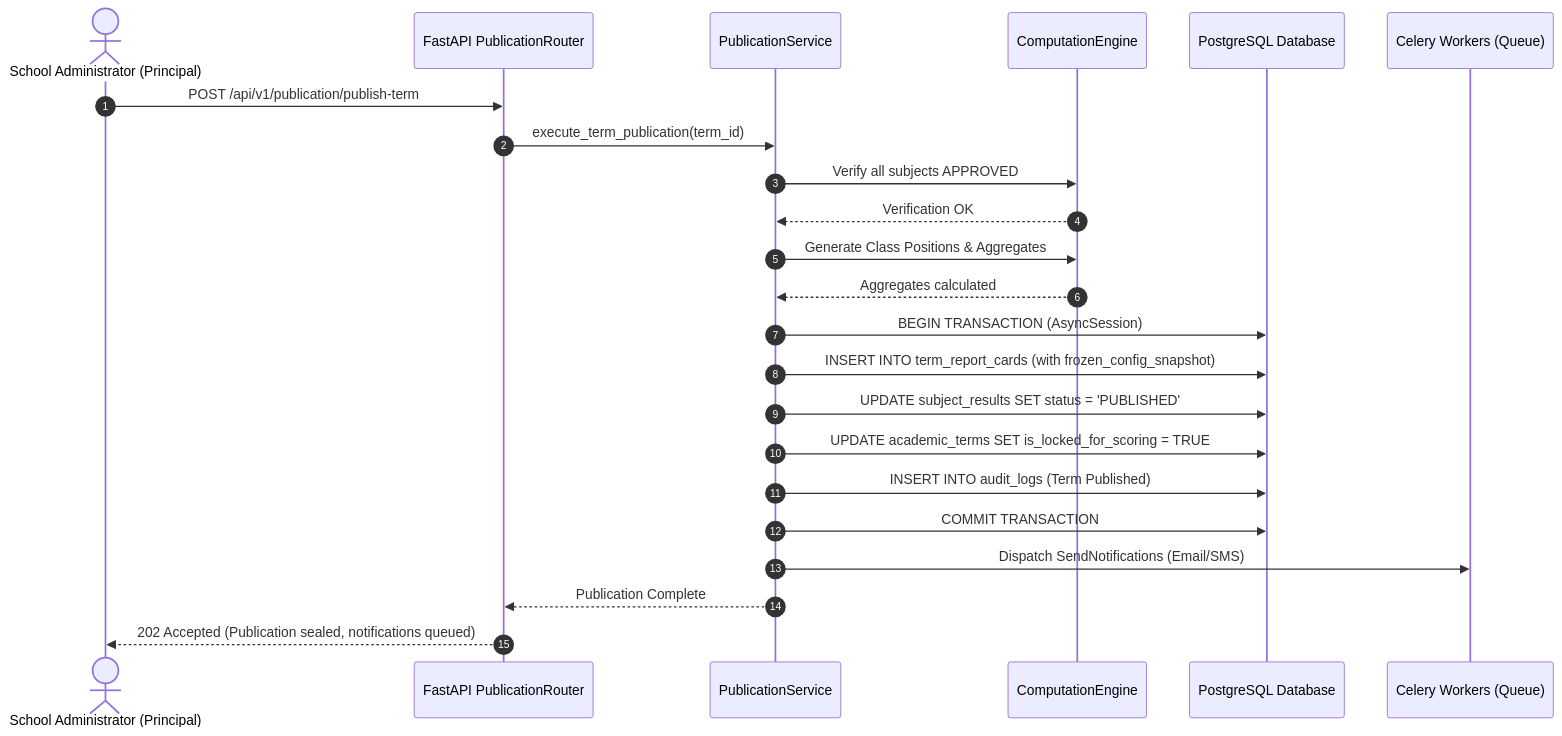
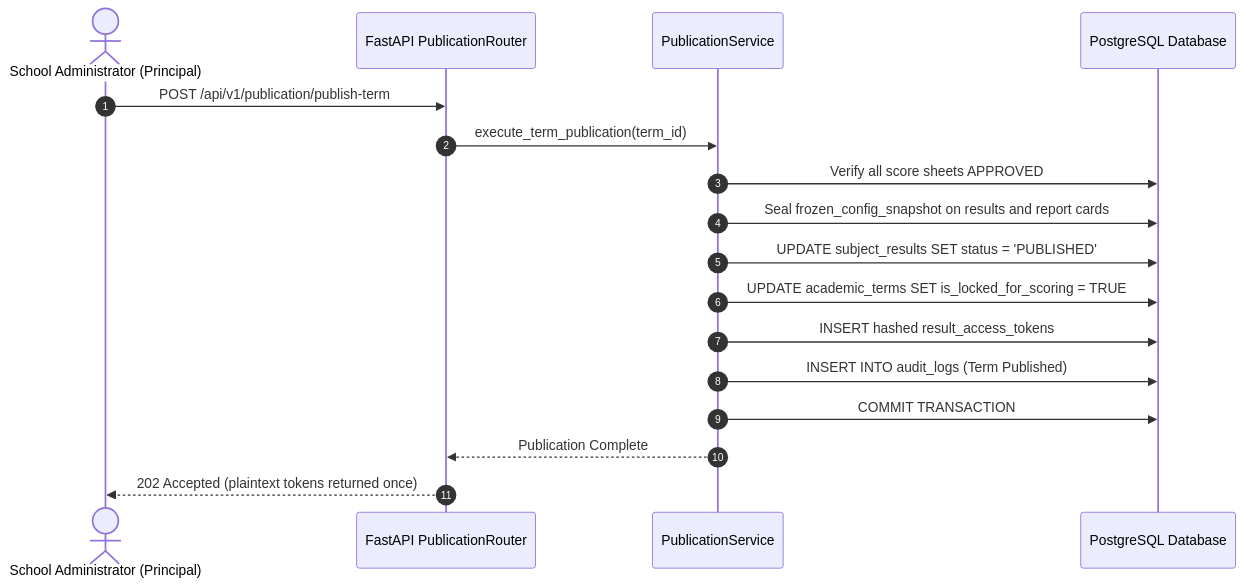
The seventh of 13 diagrams in ARCHITECTURE.md (Dev-Eyitayo/Student-Portal), drawn with Mermaid before and after one commit. The commit also changed other lines of this file and 35 other files, not shown here.

First line of the commit message:
feat: implement M5 computation engine, publication, and M8 guided onboarding

````diff
--- a/ARCHITECTURE.md
+++ b/ARCHITECTURE.md
@@ -1383,26 +1490,20 @@
 ```mermaid
 sequenceDiagram
     autonumber
     actor Principal as School Administrator (Principal)
     participant PubRouter as FastAPI PublicationRouter
     participant PubService as PublicationService
-    participant CompEngine as ComputationEngine
     participant DB as PostgreSQL Database
-    participant Celery as Celery Workers (Queue)
 
     Principal->>PubRouter: POST /api/v1/publication/publish-term
     PubRouter->>PubService: execute_term_publication(term_id)
-    PubService->>CompEngine: Verify all subjects APPROVED
-    CompEngine-->>PubService: Verification OK
-    PubService->>CompEngine: Generate Class Positions & Aggregates
-    CompEngine-->>PubService: Aggregates calculated
-    PubService->>DB: BEGIN TRANSACTION (AsyncSession)
-    PubService->>DB: INSERT INTO term_report_cards (with frozen_config_snapshot)
+    PubService->>DB: Verify all score sheets APPROVED
+    PubService->>DB: Seal frozen_config_snapshot on results and report cards
     PubService->>DB: UPDATE subject_results SET status = 'PUBLISHED'
     PubService->>DB: UPDATE academic_terms SET is_locked_for_scoring = TRUE
+    PubService->>DB: INSERT hashed result_access_tokens
     PubService->>DB: INSERT INTO audit_logs (Term Published)
     PubService->>DB: COMMIT TRANSACTION
-    PubService->>Celery: Dispatch SendNotifications (Email/SMS)
     PubService-->>PubRouter: Publication Complete
-    PubRouter-->>Principal: 202 Accepted (Publication sealed, notifications queued)
+    PubRouter-->>Principal: 202 Accepted (plaintext tokens returned once)
 ```
````
